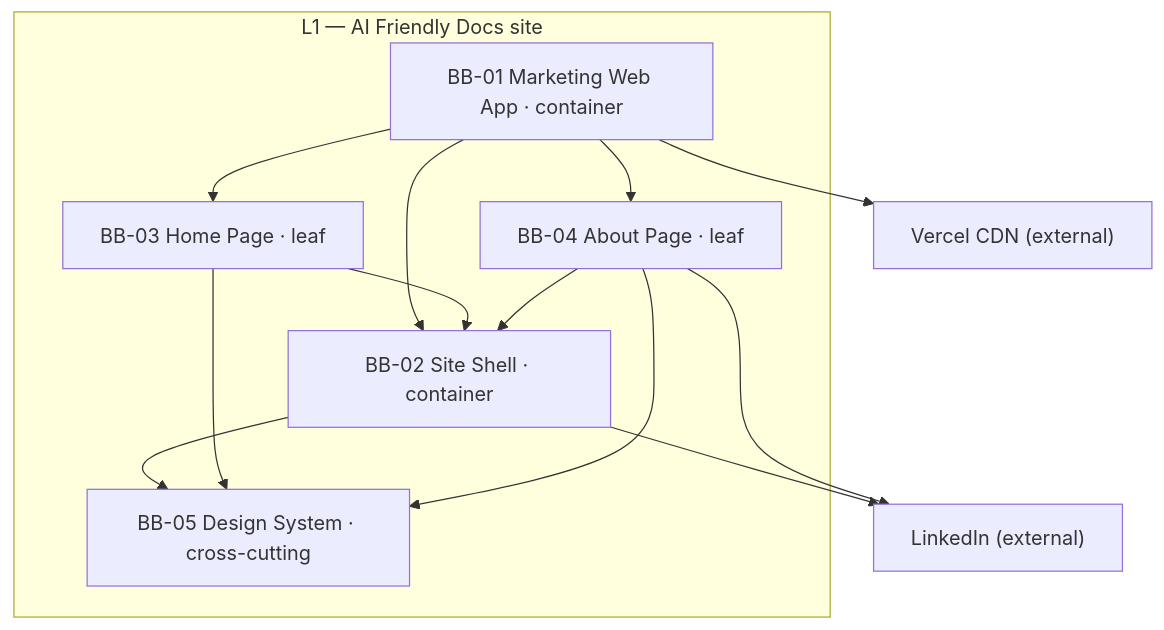
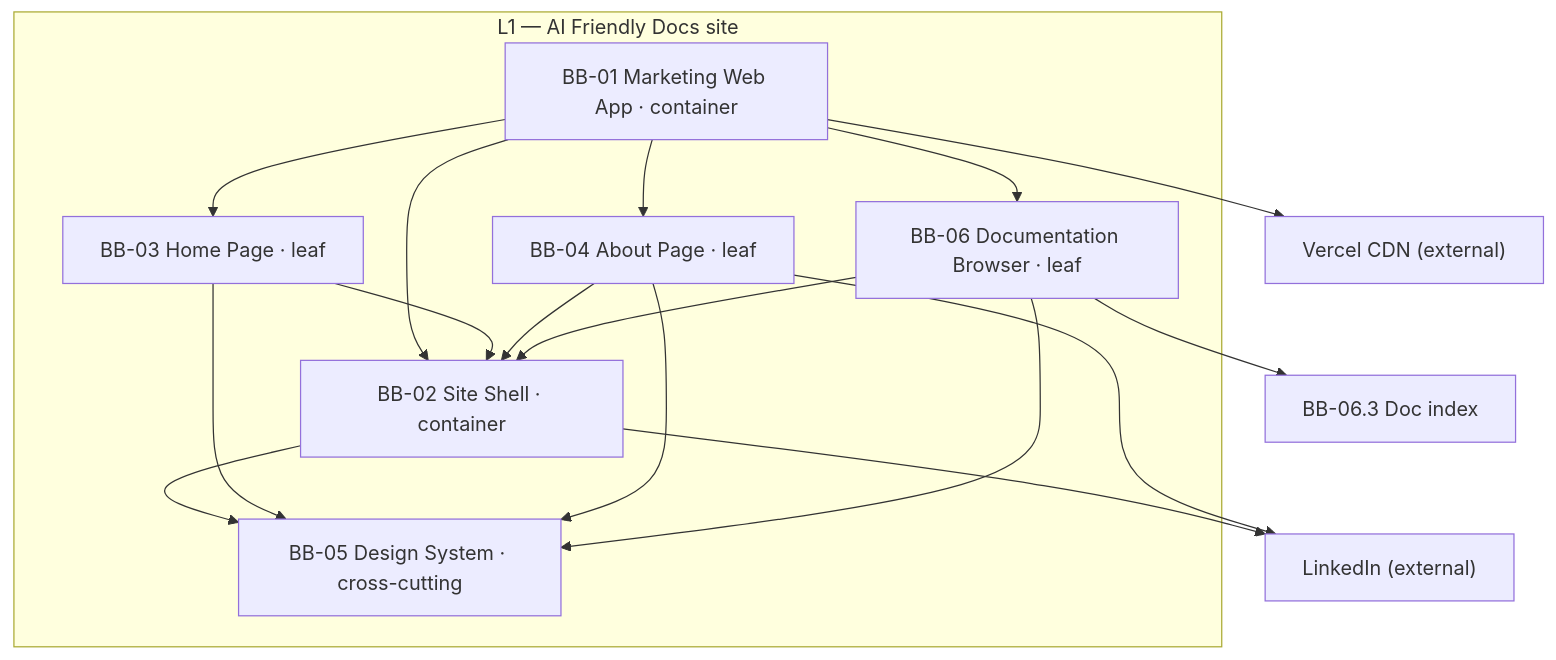
One commit to mikeshoo35-a11y/website3 changed the first of 3 diagrams in 3-arch/building-blocks.md. Above: the diagram before and after it, drawn with Mermaid. The commit also changed other lines of this file and 15 other files, not shown here.

First line of the commit message:
Add F05 documentation browser spec and downstream product docs.

````diff
--- a/3-arch/building-blocks.md
+++ b/3-arch/building-blocks.md
@@ -11,23 +11,28 @@
 ```mermaid
 flowchart TB
   subgraph L1["L1 — AI Friendly Docs site"]
     BB01["BB-01 Marketing Web App · container"]
     BB02["BB-02 Site Shell · container"]
     BB03["BB-03 Home Page · leaf"]
     BB04["BB-04 About Page · leaf"]
+    BB06["BB-06 Documentation Browser · leaf"]
     BB05["BB-05 Design System · cross-cutting"]
   end
   Vercel["Vercel CDN (external)"]
   LI["LinkedIn (external)"]
   BB01 --> BB02
   BB01 --> BB03
   BB01 --> BB04
+  BB01 --> BB06
   BB02 --> BB05
   BB03 --> BB02
   BB04 --> BB02
+  BB06 --> BB02
+  BB06 --> BB063["BB-06.3 Doc index"]
   BB03 --> BB05
   BB04 --> BB05
+  BB06 --> BB05
   BB01 --> Vercel
   BB02 --> LI
   BB04 --> LI
 ```
````
